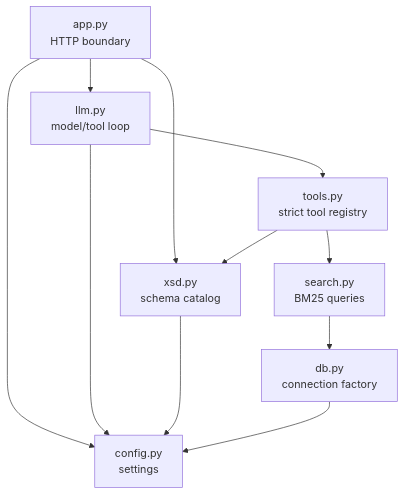
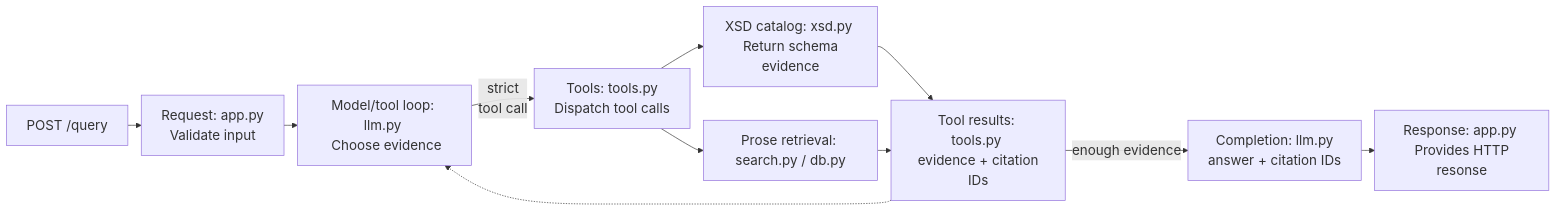
The diagram in docs/developer/explanation/backend-architecture.md (viktor-pfaffenrot/oBDSChat), drawn with Mermaid before and after one commit. The commit also changed other lines of this file and 14 other files, not shown here.

````diff
--- a/docs/developer/explanation/backend-architecture.md
+++ b/docs/developer/explanation/backend-architecture.md
@@ -10,13 +17,26 @@
 ```mermaid
-flowchart TD
-    App[app.py\nHTTP boundary] --> LLM[llm.py\nmodel/tool loop]
-    App --> XSD[xsd.py\nschema catalog]
-    LLM --> Tools[tools.py\nstrict tool registry]
-    Tools --> XSD
-    Tools --> Search[search.py\nBM25 queries]
-    Search --> DB[db.py\nconnection factory]
-    App --> Config[config.py\nsettings]
-    LLM --> Config
-    XSD --> Config
-    DB --> Config
+---
+config:
+  themeVariables:
+    fontSize: "20px"
+  flowchart:
+    rankSpacing: 20
+---
+flowchart LR
+    Request["POST /query"]
+    Boundary["Request: app.py \n Validate input"]
+    Model["Model/tool loop: llm.py \n Choose evidence"]
+    Tools["Tools: tools.py \n Dispatch tool calls"]
+    XSD["XSD catalog: xsd.py \n Return schema evidence"]
+    Guide["Prose retrieval: search.py / db.py"]
+    Evidence["Tool results: tools.py \n evidence + citation IDs"]
+    Answer["Completion: llm.py \n answer + citation IDs"]
+    Validation["Response: app.py \n Provides HTTP resonse"]
+
+    Request --> Boundary --> Model
+    Model -->|strict \n tool call| Tools
+    Tools --> XSD --> Evidence
+    Tools --> Guide --> Evidence
+    Evidence -.-> Model
+    Evidence --> |enough evidence| Answer --> Validation
 ```
````
